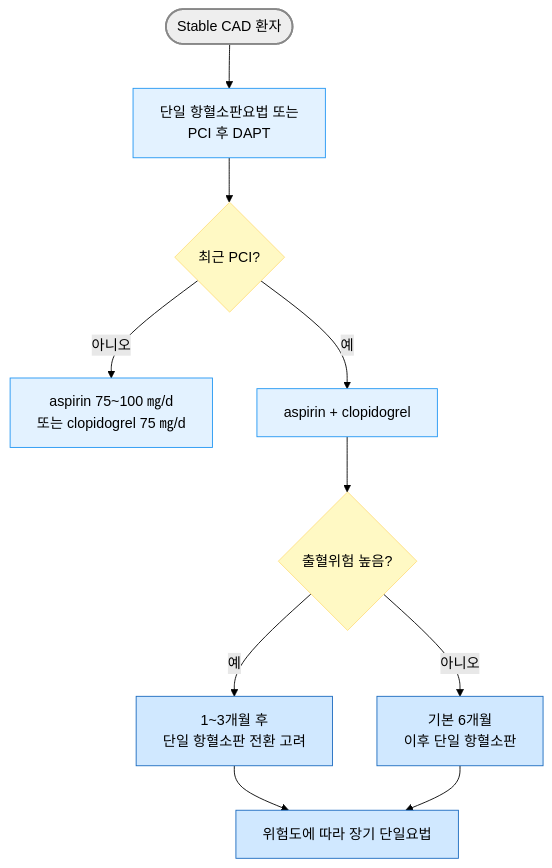
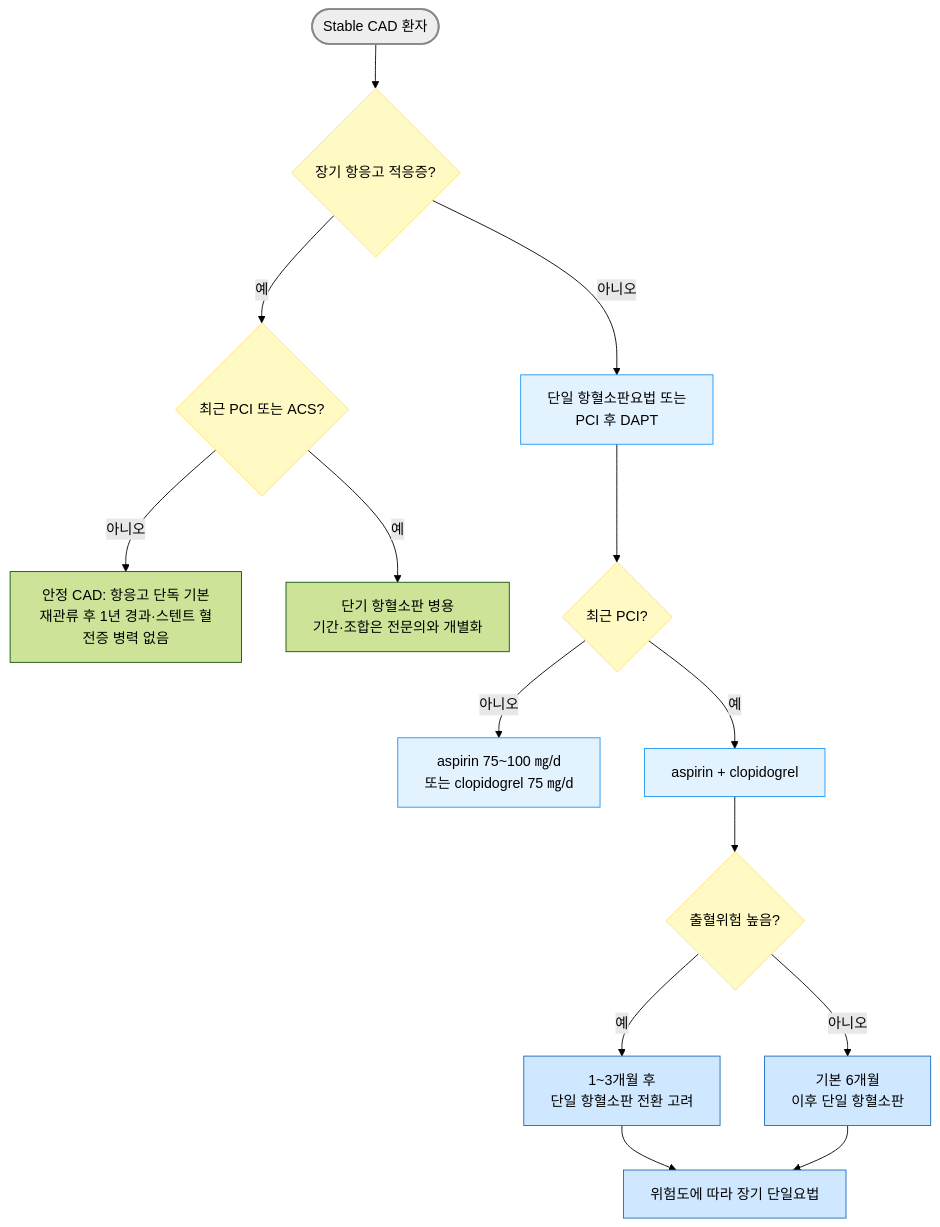
The second of 3 diagrams in 225_/097_-angina-pectoris.md (familyoh77/familyoh77), drawn with Mermaid (forest theme) before and after one commit. The commit also changed other lines of this file and 5 other files, not shown here.

````diff
--- a/225_/097_-angina-pectoris.md
+++ b/225_/097_-angina-pectoris.md
@@ -479,20 +492,24 @@
 ```mermaid
 graph TD
-    A([Stable CAD 환자]) --> B[단일 항혈소판요법 또는<br/>PCI 후 DAPT]
+    A([Stable CAD 환자]) --> Q{장기 항응고 적응증?}
+    Q -- 아니오 --> B[단일 항혈소판요법 또는<br/>PCI 후 DAPT]
+    Q -- 예 --> R{최근 PCI 또는 ACS?}
+    R -- 아니오 --> S[안정 CAD: 항응고 단독 기본<br/>재관류 후 1년 경과·스텐트 혈전증 병력 없음]
+    R -- 예 --> T[단기 항혈소판 병용<br/>기간·조합은 전문의와 개별화]
     B --> C{최근 PCI?}
     C -- 아니오 --> D[aspirin 75~100 ㎎/d<br/>또는 clopidogrel 75 ㎎/d]
     C -- 예 --> E[aspirin + clopidogrel]
     E --> F{출혈위험 높음?}
     F -- 예 --> G[1~3개월 후<br/>단일 항혈소판 전환 고려]
     F -- 아니오 --> H[기본 6개월<br/>이후 단일 항혈소판]
     G --> I[위험도에 따라 장기 단일요법]
     H --> I
 
 style A fill:#eeeeee,stroke:#888888,stroke-width:2px
 classDef yellow fill:#fff9c4,stroke:#ffe082
-class C,F yellow
+class C,F,Q,R yellow
 classDef sky fill:#e3f2ff,stroke:#2196f3
 class B,E,D sky
 classDef blue fill:#d0e8ff,stroke:#1a6abf
 class G,H,I blue
 ```
````
